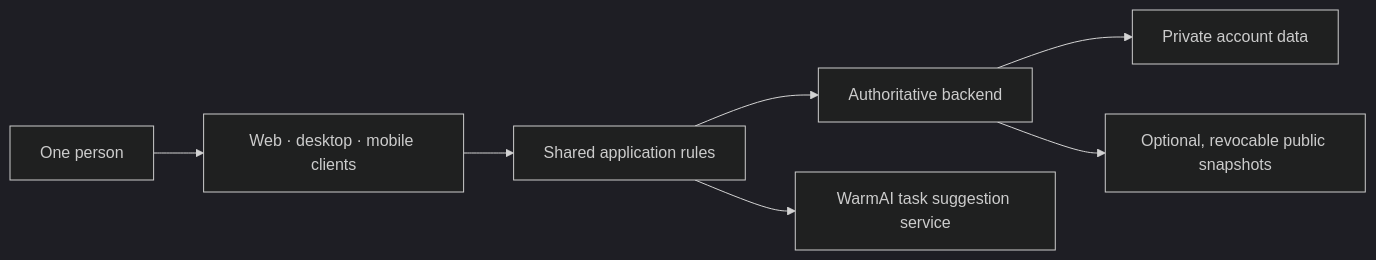
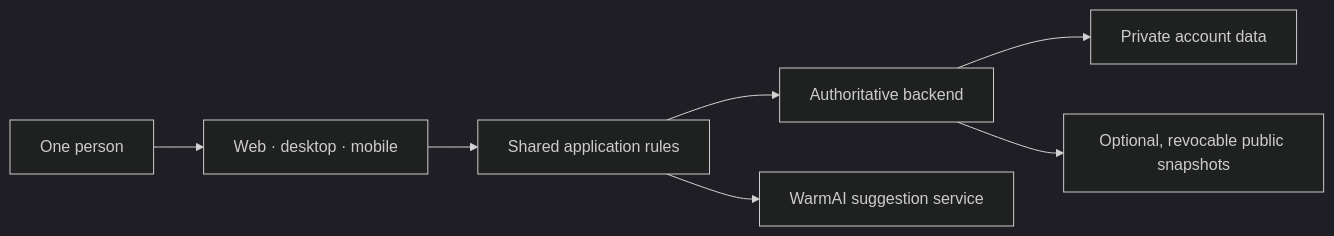
One commit to MichaelLu0220/warmdock-build-journey changed the second of 2 diagrams in README.md. Above: the diagram before and after it, drawn with Mermaid (dark theme). The commit also changed other lines of this file, not shown here.

````diff
--- a/README.md
+++ b/README.md
@@ -147,9 +124,9 @@
 ```mermaid
 flowchart LR
-    P["One person"] --> C["Web · desktop · mobile clients"]
+    P["One person"] --> C["Web · desktop · mobile"]
     C --> A["Shared application rules"]
     A --> B["Authoritative backend"]
-    A --> W["WarmAI task suggestion service"]
+    A --> W["WarmAI suggestion service"]
     B --> S["Private account data"]
     B --> H["Optional, revocable public snapshots"]
 ```
````
